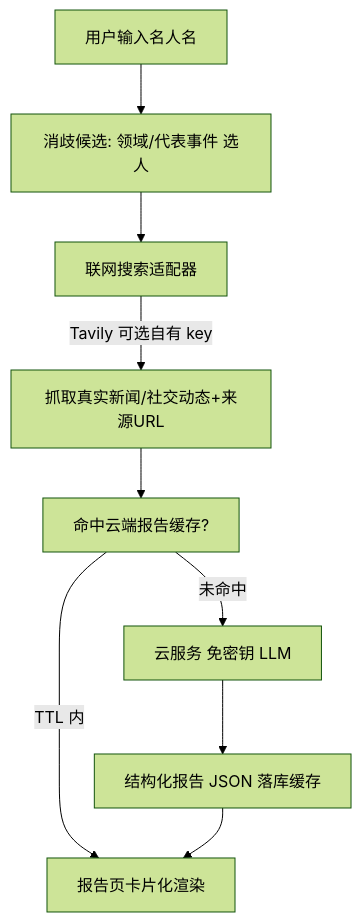
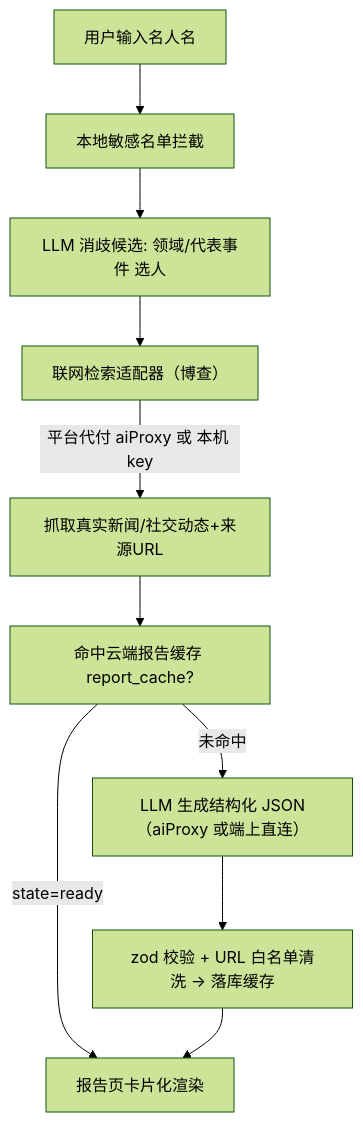
One commit to qianlongloves/CelebrityRadar changed the first of 2 diagrams in doc/名人雷达_设计方案.md. Above: the diagram before and after it, drawn with Mermaid (forest theme). The commit also changed other lines of this file and 146 other files, not shown here.

````diff
--- a/doc/名人雷达_设计方案.md
+++ b/doc/名人雷达_设计方案.md
@@ -19,11 +82,12 @@
 ```mermaid
 flowchart TD
-    A[用户输入名人名] --> A1[消歧候选: 领域/代表事件 选人]
-    A1 --> B[联网搜索适配器]
-    B -->|Tavily 可选自有 key| C[抓取真实新闻/社交动态+来源URL]
-    C --> D[命中云端报告缓存?]
-    D -->|TTL 内| G[直接渲染]
-    D -->|未命中| E[云服务 免密钥 LLM]
-    E --> F[结构化报告 JSON 落库缓存]
+    A[用户输入名人名] --> A0[本地敏感名单拦截]
+    A0 --> A1[LLM 消歧候选: 领域/代表事件 选人]
+    A1 --> B[联网检索适配器（博查）]
+    B -->|平台代付 aiProxy 或 本机 key| C[抓取真实新闻/社交动态+来源URL]
+    C --> D[命中云端报告缓存 report_cache?]
+    D -->|state=ready| G[直接渲染]
+    D -->|未命中| E[LLM 生成结构化 JSON（aiProxy 或端上直连）]
+    E --> F[zod 校验 + URL 白名单清洗 → 落库缓存]
     F --> G[报告页卡片化渲染]
 ```
````
